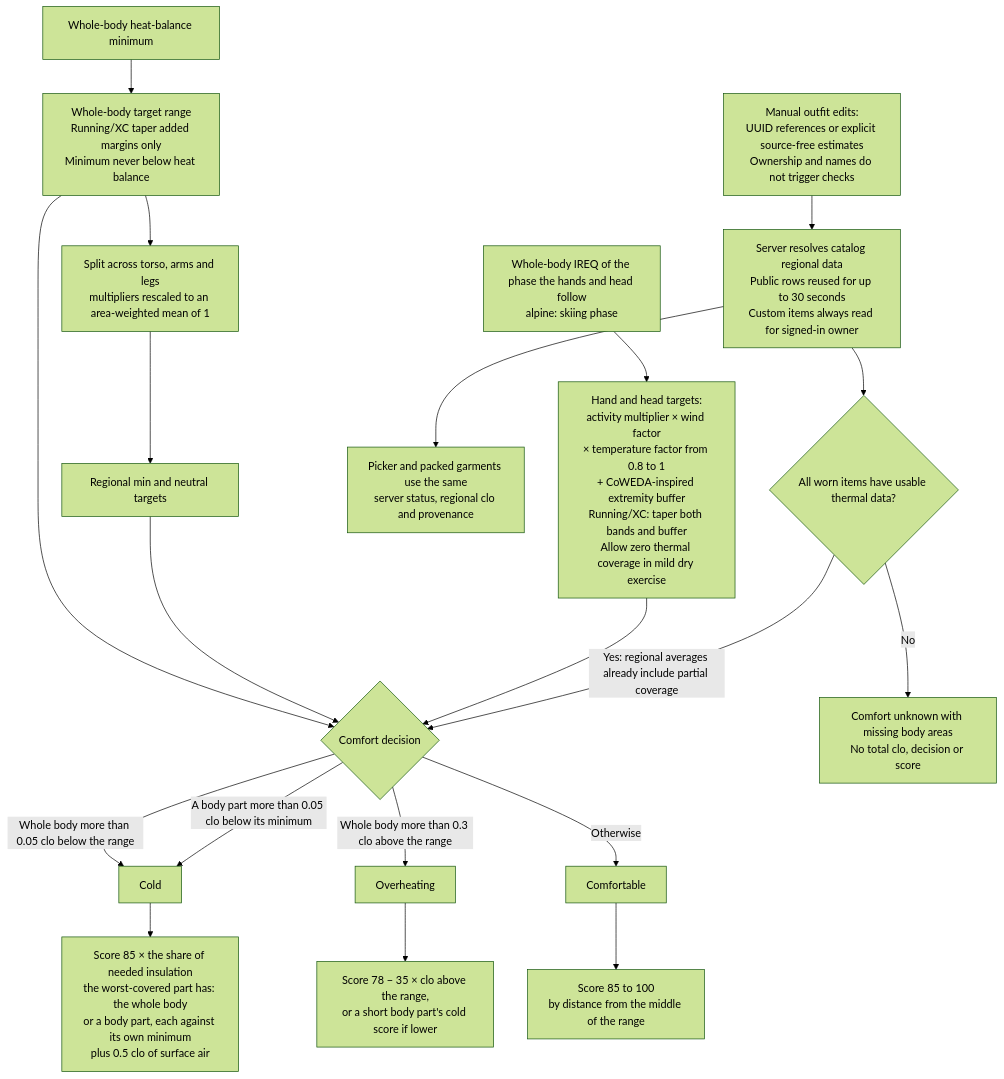
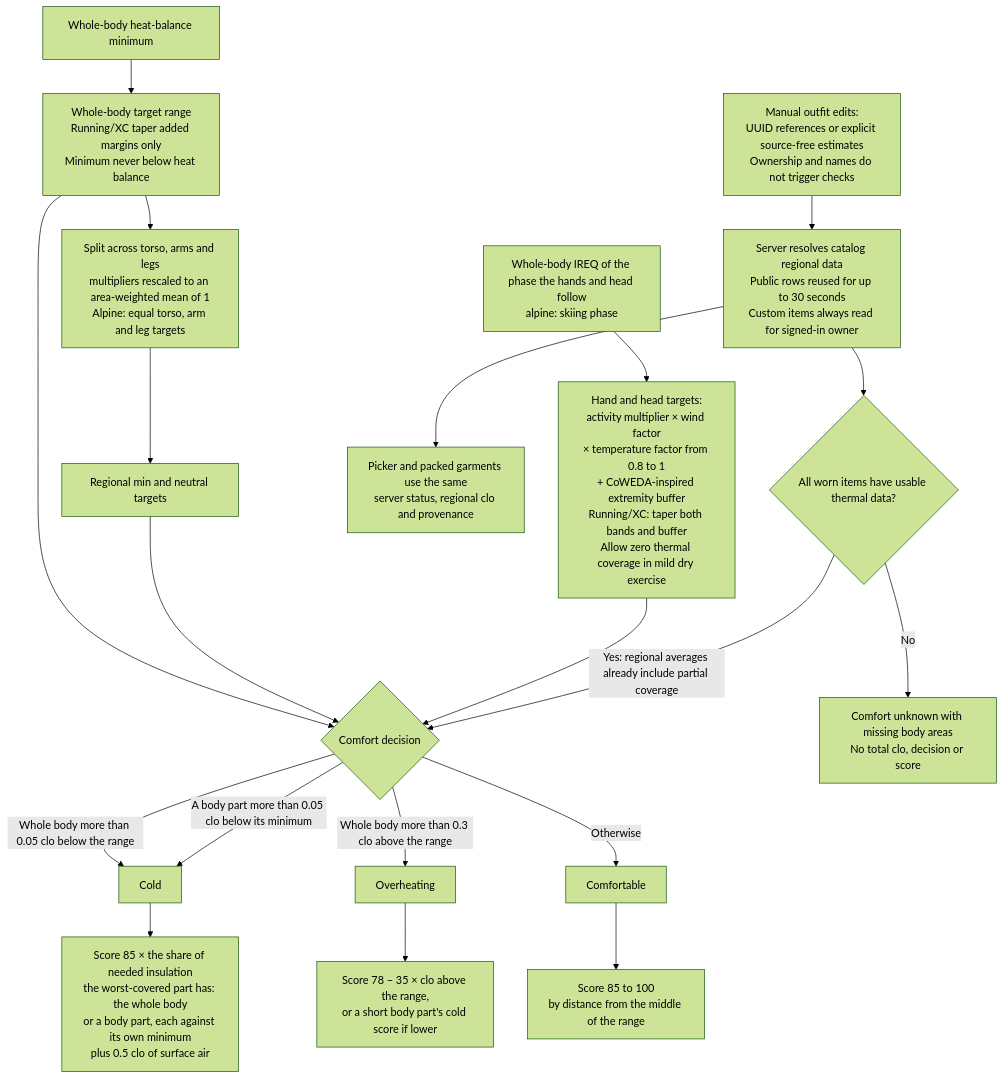
The seventh of 7 diagrams in README.md (derobertsw/swttr), drawn with Mermaid (forest theme) before and after one commit. The commit also changed other lines of this file and 5 other files, not shown here.

Commit message:
Address alpine calibration review without lowering uncorrected targets

````diff
--- a/README.md
+++ b/README.md
@@ -305,24 +305,24 @@
 ```mermaid
 graph TD
     BALANCE[Whole-body heat-balance minimum] --> RANGE[Whole-body target range<br/>Running/XC taper added margins only<br/>Minimum never below heat balance]
-    RANGE --> SPLIT[Split across torso, arms and legs<br/>multipliers rescaled to an area-weighted mean of 1]
+    RANGE --> SPLIT[Split across torso, arms and legs<br/>multipliers rescaled to an area-weighted mean of 1<br/>Alpine: equal torso, arm and leg targets]
     SPLIT --> REG[Regional min and neutral targets]
     PIREQ[Whole-body IREQ of the phase the hands and head follow<br/>alpine: skiing phase] --> EXT[Hand and head targets:<br/>activity multiplier × wind factor<br/>× temperature factor from 0.8 to 1<br/>+ CoWEDA-inspired extremity buffer<br/>Running/XC: taper both bands and buffer<br/>Allow zero thermal coverage in mild dry exercise]
 
     RANGE --> DEC{Comfort decision}
     REG --> DEC
     EXT --> DEC
     EDIT[Manual outfit edits:<br/>UUID references or explicit source-free estimates<br/>Ownership and names do not trigger checks] --> LOOKUP[Server resolves catalog regional data<br/>Public rows reused for up to 30 seconds<br/>Custom items always read for signed-in owner]
     LOOKUP --> PICKER[Picker and packed garments use the same<br/>server status, regional clo and provenance]
     LOOKUP --> KNOWN{All worn items have usable thermal data?}
     KNOWN -->|Yes: regional averages already include partial coverage| DEC
     KNOWN -->|No| UNKNOWN[Comfort unknown with missing body areas<br/>No total clo, decision or score]
     DEC -->|Whole body more than 0.05 clo below the range| COLD[Cold]
     DEC -->|Whole body more than 0.3 clo above the range| HOT[Overheating]
     DEC -->|A body part more than 0.05 clo below its minimum| COLD
     DEC -->|Otherwise| OK[Comfortable]
 
     OK --> S1[Score 85 to 100<br/>by distance from the middle of the range]
     COLD --> S2[Score 85 × the share of needed insulation<br/>the worst-covered part has: the whole body<br/>or a body part, each against its own minimum<br/>plus 0.5 clo of surface air]
     HOT --> S3[Score 78 − 35 × clo above the range,<br/>or a short body part's cold score if lower]
 ```
````
